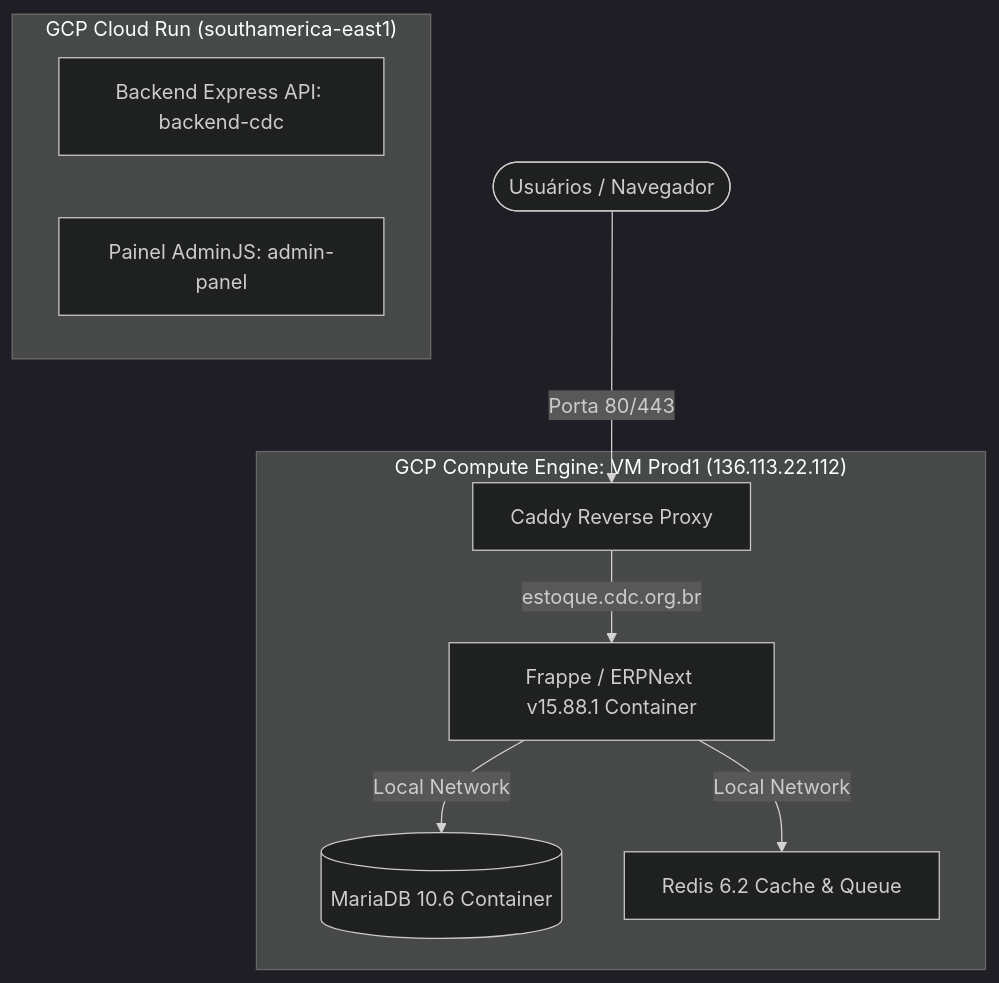
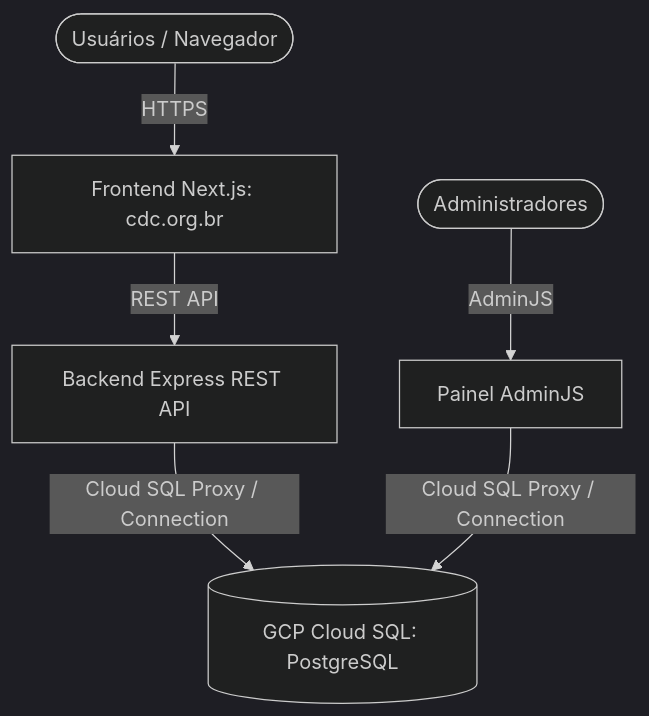
One commit to cdc-org-2025/site-cdc changed the first of 2 diagrams in docs/inquerito_migracao_gcp_hostinger.md. Above: the diagram before and after it, drawn with Mermaid (dark theme). The commit also changed other lines of this file and 1 other file, not shown here.

Commit message:
docs: atualiza IP oficial do servidor GCP para 34.151.249.199

````diff
--- a/docs/inquerito_migracao_gcp_hostinger.md
+++ b/docs/inquerito_migracao_gcp_hostinger.md
@@ -14,15 +12,9 @@
 ```mermaid
 graph TD
-    User([Usuários / Navegador]) -->|Porta 80/443| Caddy[Caddy Reverse Proxy]
+    User([Usuários / Navegador]) -->|HTTPS| Frontend[Frontend Next.js: cdc.org.br]
+    Admin([Administradores]) -->|AdminJS| CloudRunAdmin[Painel AdminJS]
+    Frontend -->|REST API| CloudRunBE[Backend Express REST API]
     
-    subgraph "GCP Compute Engine: VM Prod1 (136.113.22.112)"
-        Caddy -->|estoque.cdc.org.br| ERPNext[Frappe / ERPNext v15.88.1 Container]
-        ERPNext -->|Local Network| MariaDB[(MariaDB 10.6 Container)]
-        ERPNext -->|Local Network| Redis[Redis 6.2 Cache & Queue]
-    end
-    
-    subgraph "GCP Cloud Run (southamerica-east1)"
-        CloudRunBE[Backend Express API: backend-cdc]
-        CloudRunAdmin[Painel AdminJS: admin-panel]
-    end
+    CloudRunBE -->|Cloud SQL Proxy / Connection| CloudSQL[(GCP Cloud SQL: PostgreSQL)]
+    CloudRunAdmin -->|Cloud SQL Proxy / Connection| CloudSQL
 ```
````
